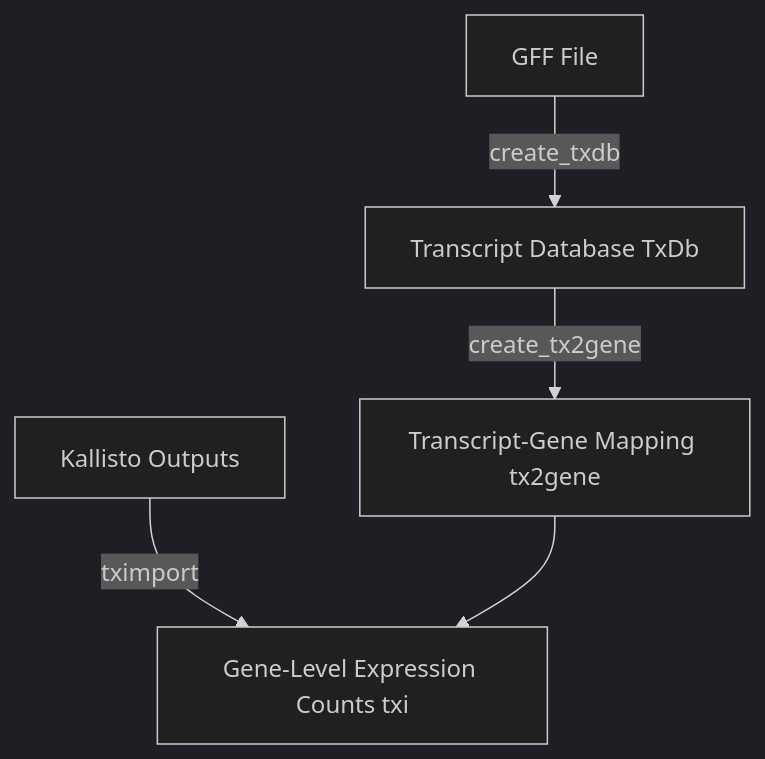
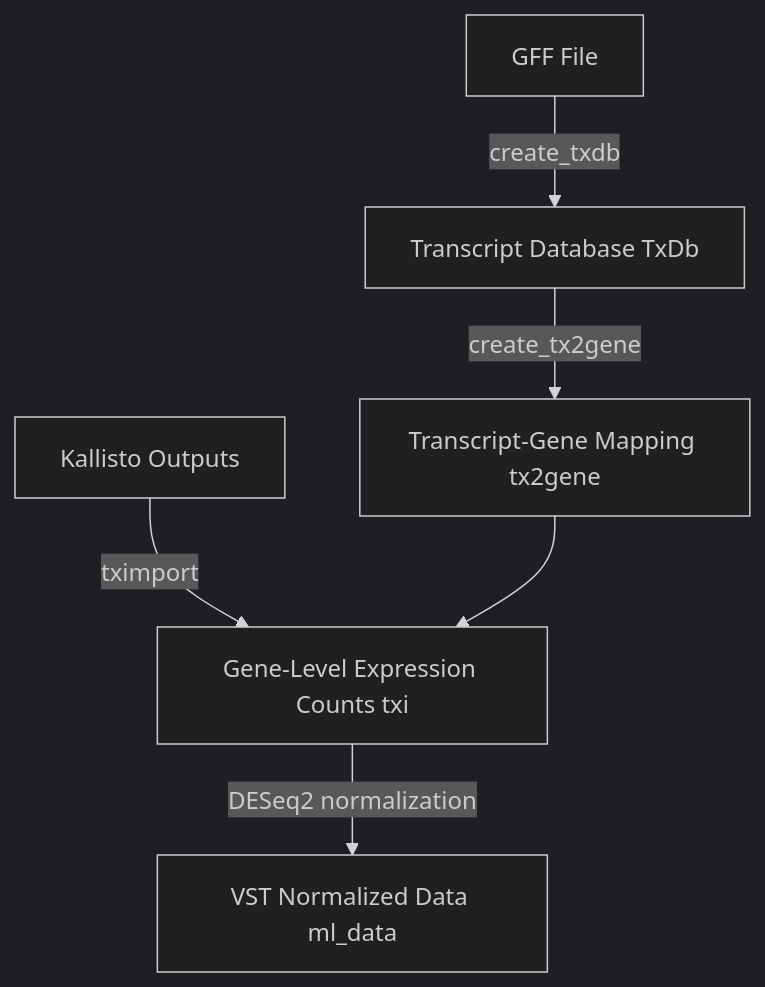
The diagram in README.md (loukesio/RNASeq_workflow), drawn with Mermaid (dark theme) before and after one commit. The commit also changed other lines of this file, not shown here.

````diff
--- a/README.md
+++ b/README.md
@@ -29,7 +30,8 @@
 ```mermaid
 flowchart TD
     A[GFF File] -->|create_txdb| B[Transcript Database TxDb]
     B -->|create_tx2gene| C[Transcript-Gene Mapping tx2gene]
     kallisto[Kallisto Outputs] -->|tximport| D[Gene-Level Expression Counts txi]
     C --> D
+    D -->|DESeq2 normalization| E[VST Normalized Data ml_data]
 ```
````
